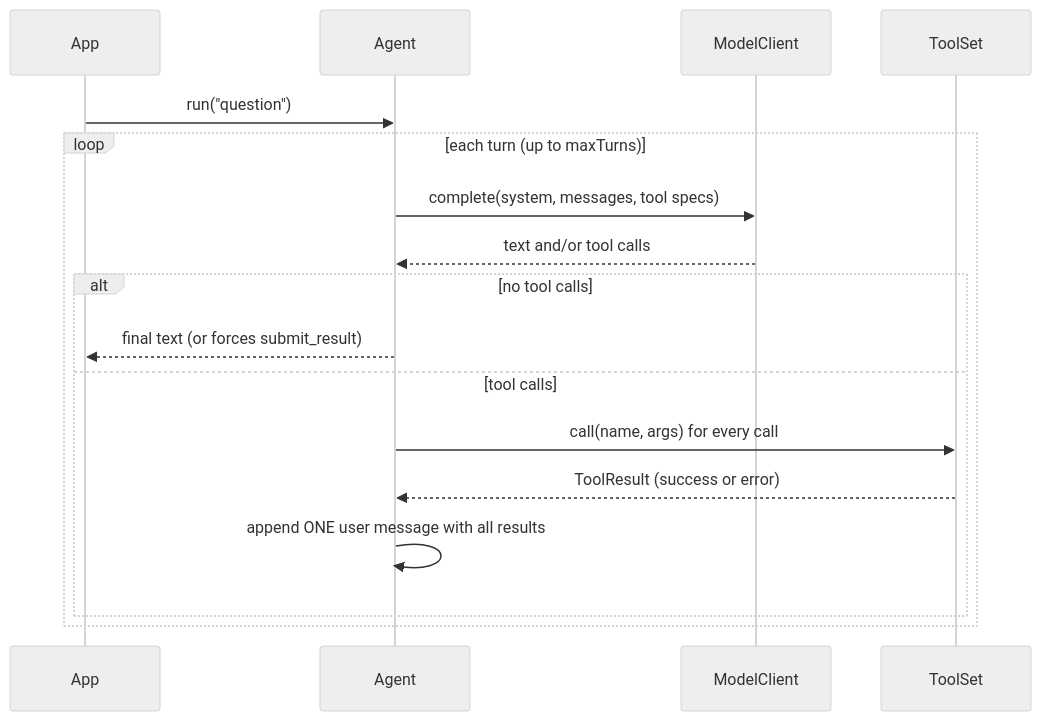
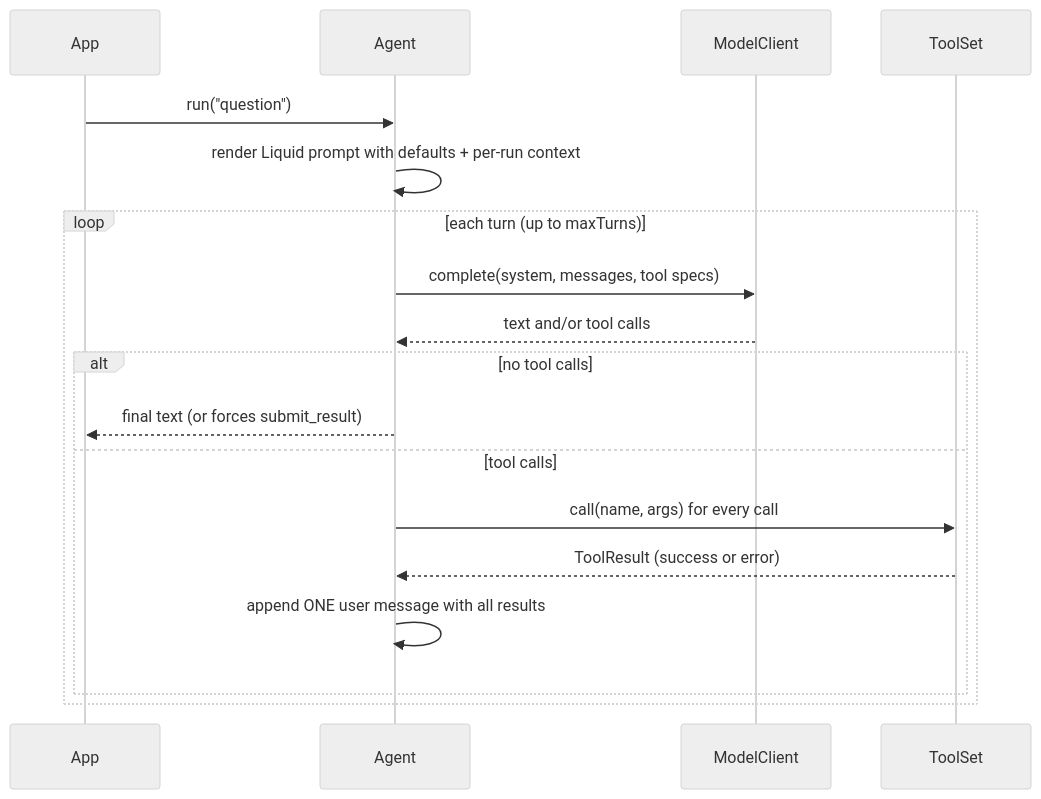
Before and after one commit to HiddenDevs/agent-framework: the second of 2 diagrams in docs/architecture.md, drawn with Mermaid (neutral theme). The commit also changed other lines of this file and 19 other files, not shown here.

First line of the commit message:
feat: enhance agent framework with Liquid template support for prompts and context

````diff
--- a/docs/architecture.md
+++ b/docs/architecture.md
@@ -50,19 +50,20 @@
 ```mermaid
 sequenceDiagram
     participant App
     participant Agent
     participant Model as ModelClient
     participant Tools as ToolSet
     App->>Agent: run("question")
+    Agent->>Agent: render Liquid prompt with defaults + per-run context
     loop each turn (up to maxTurns)
         Agent->>Model: complete(system, messages, tool specs)
         Model-->>Agent: text and/or tool calls
         alt no tool calls
             Agent-->>App: final text (or forces submit_result)
         else tool calls
             Agent->>Tools: call(name, args) for every call
             Tools-->>Agent: ToolResult (success or error)
             Agent->>Agent: append ONE user message with all results
         end
     end
 ```
````
